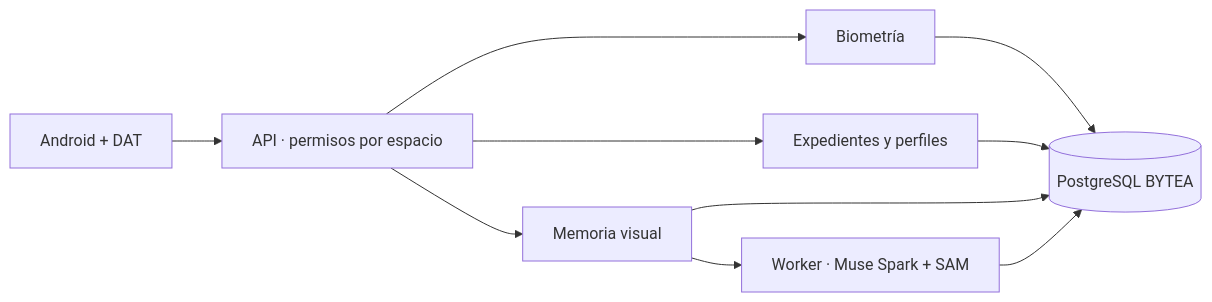
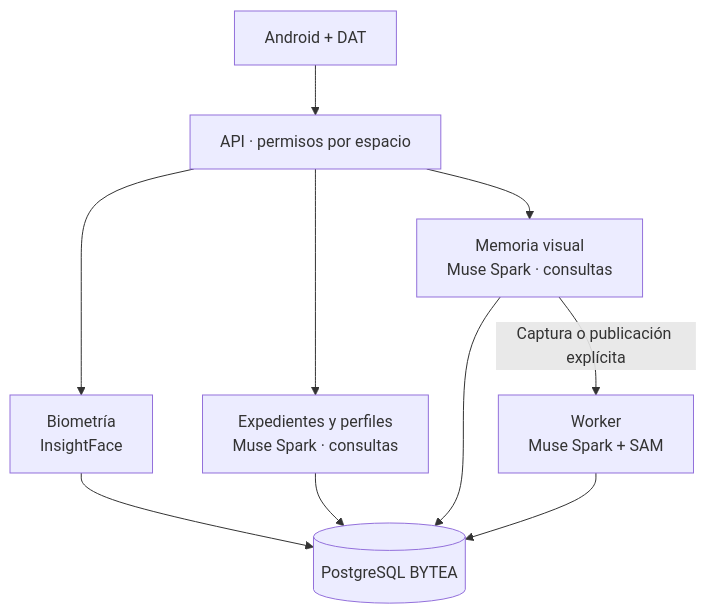
The diagram in README.es.md (Luxisoft/realityos-spatial-memory), drawn with Mermaid before and after one commit. The commit also changed other lines of this file and 5 other files, not shown here.

````diff
--- a/README.es.md
+++ b/README.es.md
@@ -72,12 +72,12 @@
 ```mermaid
-flowchart LR
-    A[Android + DAT] --> B[API · permisos por espacio]
-    B --> C[Biometría]
-    B --> D[Expedientes y perfiles]
-    B --> E[Memoria visual]
+flowchart TB
+    A["Android + DAT"] --> B["API · permisos por espacio"]
+    B --> C["Biometría<br/>InsightFace"]
+    B --> D["Expedientes y perfiles<br/>Muse Spark · consultas"]
+    B --> E["Memoria visual<br/>Muse Spark · consultas"]
     C --> F[(PostgreSQL BYTEA)]
     D --> F
     E --> F
-    E --> G[Worker · Muse Spark + SAM]
+    E -->|Captura o publicación explícita| G["Worker<br/>Muse Spark + SAM"]
     G --> F
 ```
````
